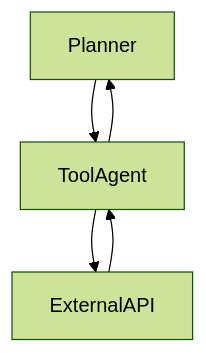
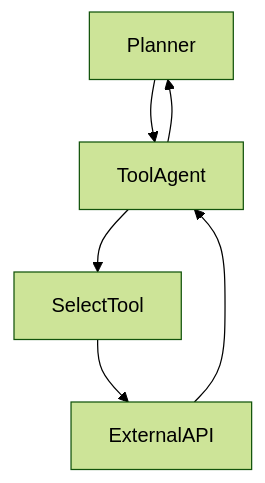
One commit to aisamai63/COMP248-AI-MATH-gp changed the sixth of 9 diagrams in design/README_design.md. Above: the diagram before and after it, drawn with Mermaid (forest theme). The commit also changed other lines of this file and 2 other files, not shown here.

Commit message:
Fixed hierarchy/workflow/ER/UML diagram rendering in GitHub preview

````diff
--- a/design/README_design.md
+++ b/design/README_design.md
@@ -188,7 +97,8 @@
 ```mermaid
 flowchart TD
   Planner --> ToolAgent
-  ToolAgent --> ExternalAPI
+  ToolAgent --> SelectTool
+  SelectTool --> ExternalAPI
   ExternalAPI --> ToolAgent
   ToolAgent --> Planner
 ```
````
